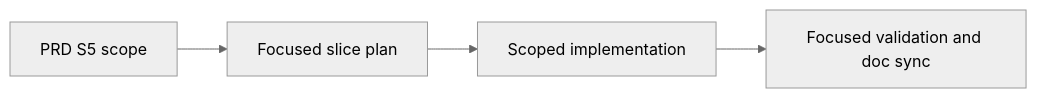
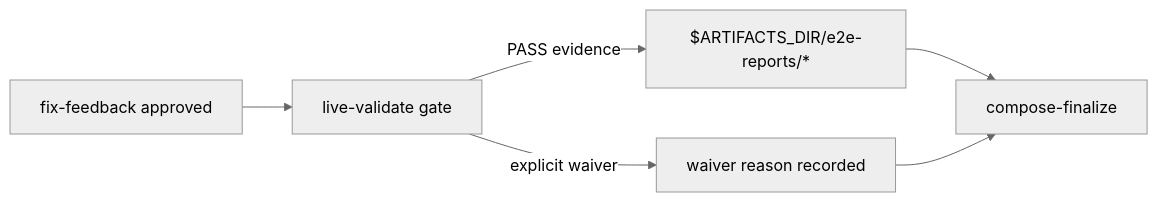
One commit to matzls/Archon changed the diagram in docs/plans/r001-archon-piv-loop-codex-v2-s5_plan.md. Above: the diagram before and after it, drawn with Mermaid (neutral theme). The commit also changed other lines of this file and 3 other files, not shown here.

First line of the commit message:
docs(plans): refine PIV V2 S5 live validation slice

````diff
--- a/docs/plans/r001-archon-piv-loop-codex-v2-s5_plan.md
+++ b/docs/plans/r001-archon-piv-loop-codex-v2-s5_plan.md
@@ -41,6 +44,8 @@
 ```mermaid
 flowchart LR
-    A["PRD S5 scope"] --> B["Focused slice plan"]
-    B --> C["Scoped implementation"]
-    C --> D["Focused validation and doc sync"]
+    A["fix-feedback approved"] --> B["live-validate gate"]
+    B -->|PASS evidence| C["$ARTIFACTS_DIR/e2e-reports/*"]
+    B -->|explicit waiver| D["waiver reason recorded"]
+    C --> E["compose-finalize"]
+    D --> E
 ```
````
